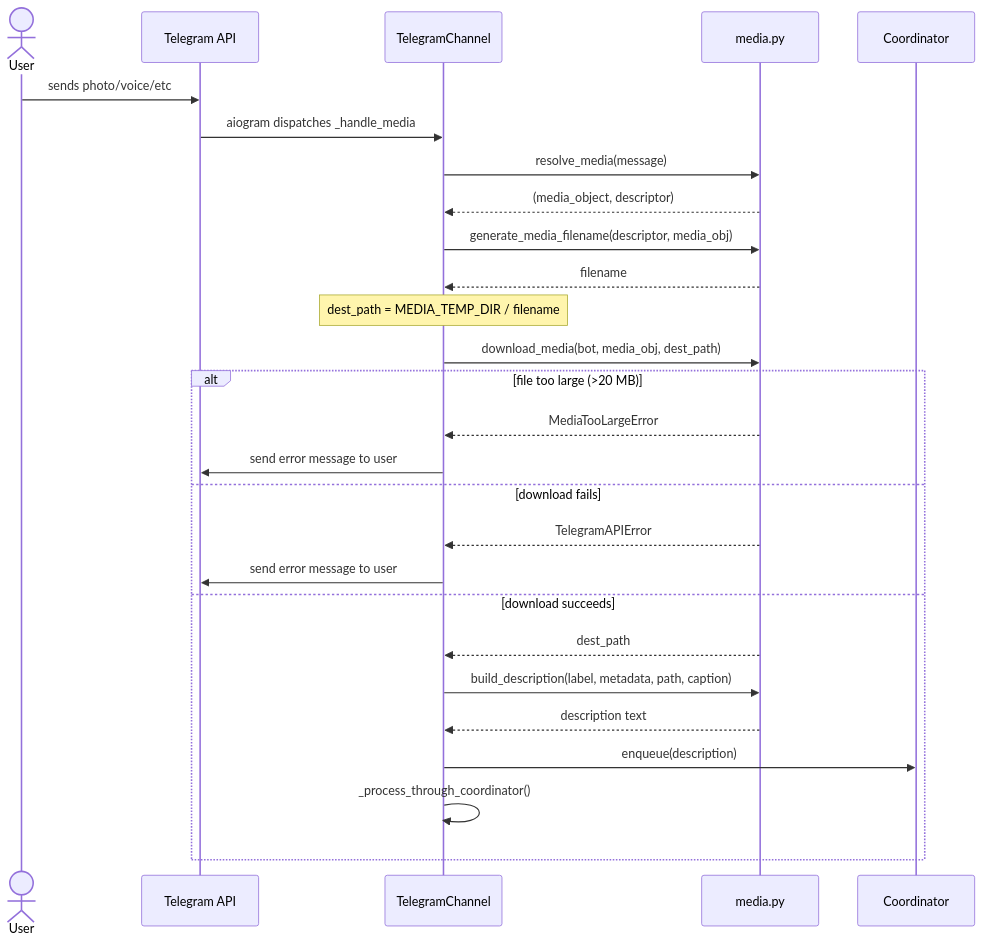
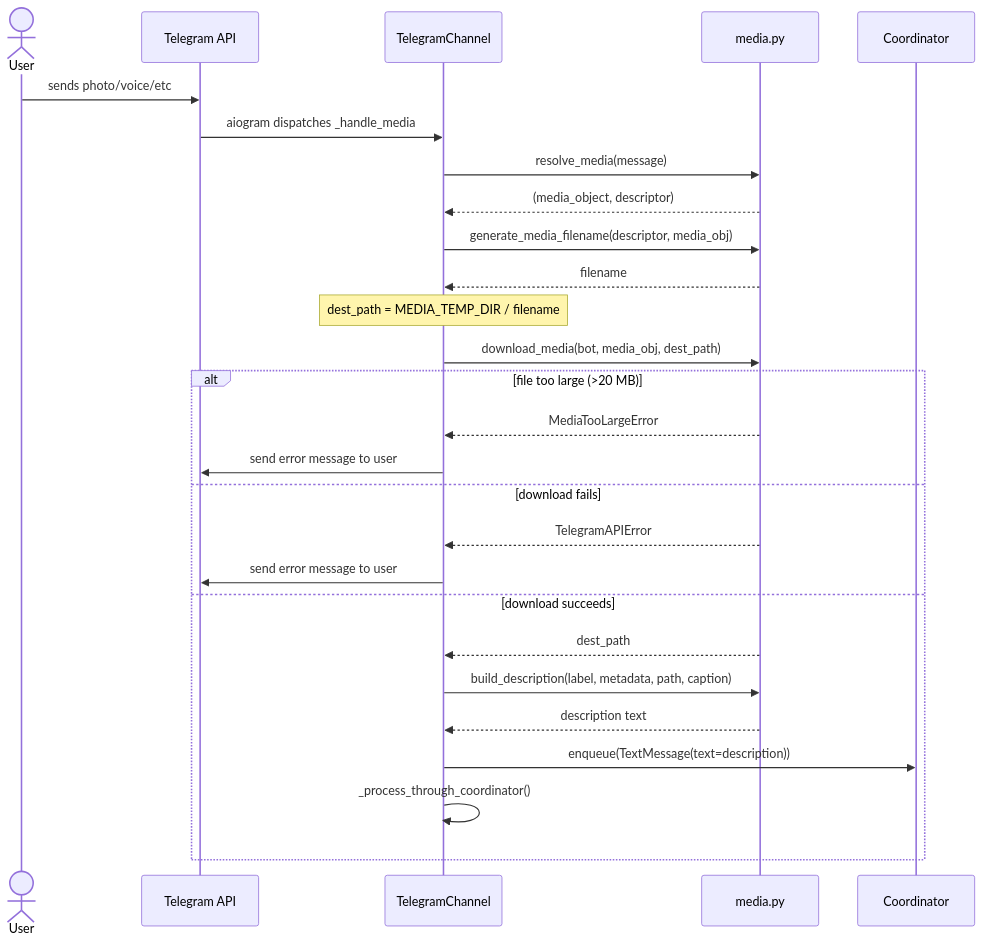
The second of 3 diagrams in docs/feature-designs/channels/telegram.md (asermax/tachikoma), drawn with Mermaid before and after one commit. The commit also changed other lines of this file and 20 other files, not shown here.

````diff
--- a/docs/feature-designs/channels/telegram.md
+++ b/docs/feature-designs/channels/telegram.md
@@ -160,32 +161,32 @@
 ```mermaid
 sequenceDiagram
     actor User
     participant TG as Telegram API
     participant Channel as TelegramChannel
     participant Media as media.py
     participant Coord as Coordinator
 
     User->>TG: sends photo/voice/etc
     TG->>Channel: aiogram dispatches _handle_media
     Channel->>Media: resolve_media(message)
     Media-->>Channel: (media_object, descriptor)
 
     Channel->>Media: generate_media_filename(descriptor, media_obj)
     Media-->>Channel: filename
     Note over Channel: dest_path = MEDIA_TEMP_DIR / filename
 
     Channel->>Media: download_media(bot, media_obj, dest_path)
     alt file too large (>20 MB)
         Media-->>Channel: MediaTooLargeError
         Channel->>TG: send error message to user
     else download fails
         Media-->>Channel: TelegramAPIError
         Channel->>TG: send error message to user
     else download succeeds
         Media-->>Channel: dest_path
         Channel->>Media: build_description(label, metadata, path, caption)
         Media-->>Channel: description text
-        Channel->>Coord: enqueue(description)
+        Channel->>Coord: enqueue(TextMessage(text=description))
         Channel->>Channel: _process_through_coordinator()
     end
 ```
````
